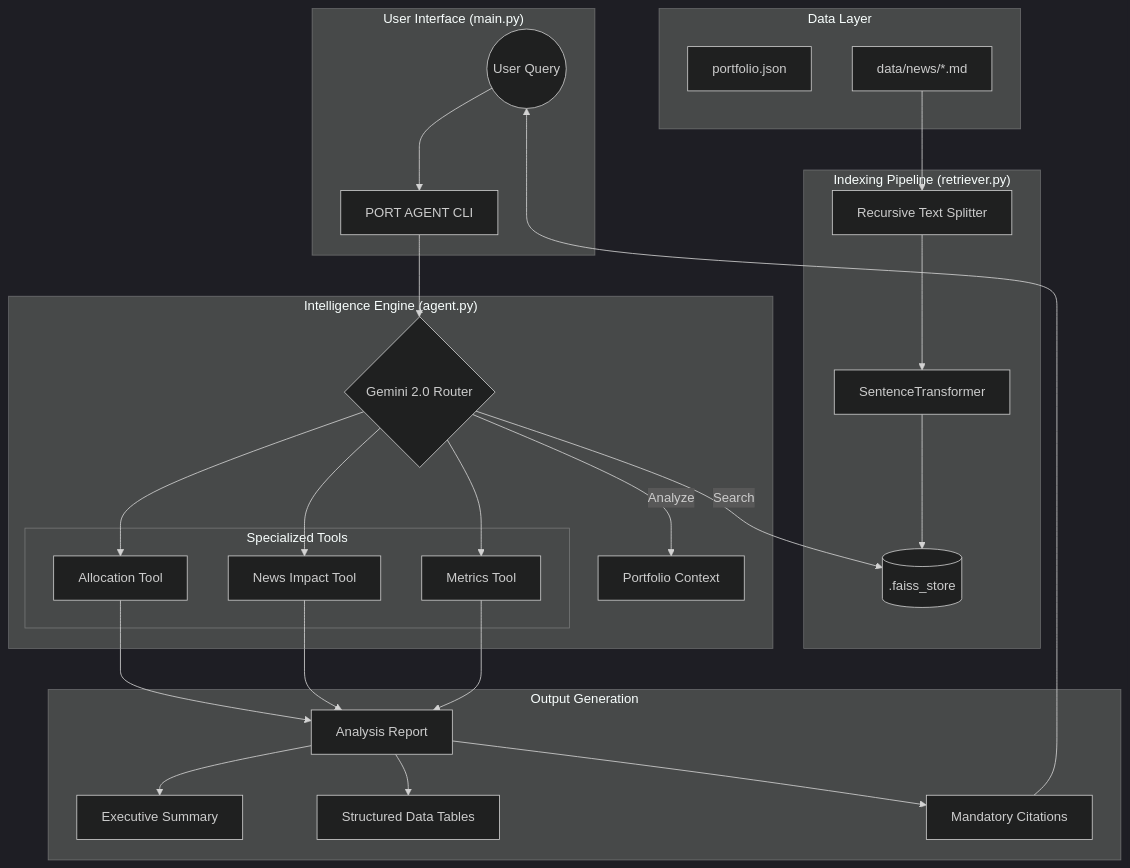
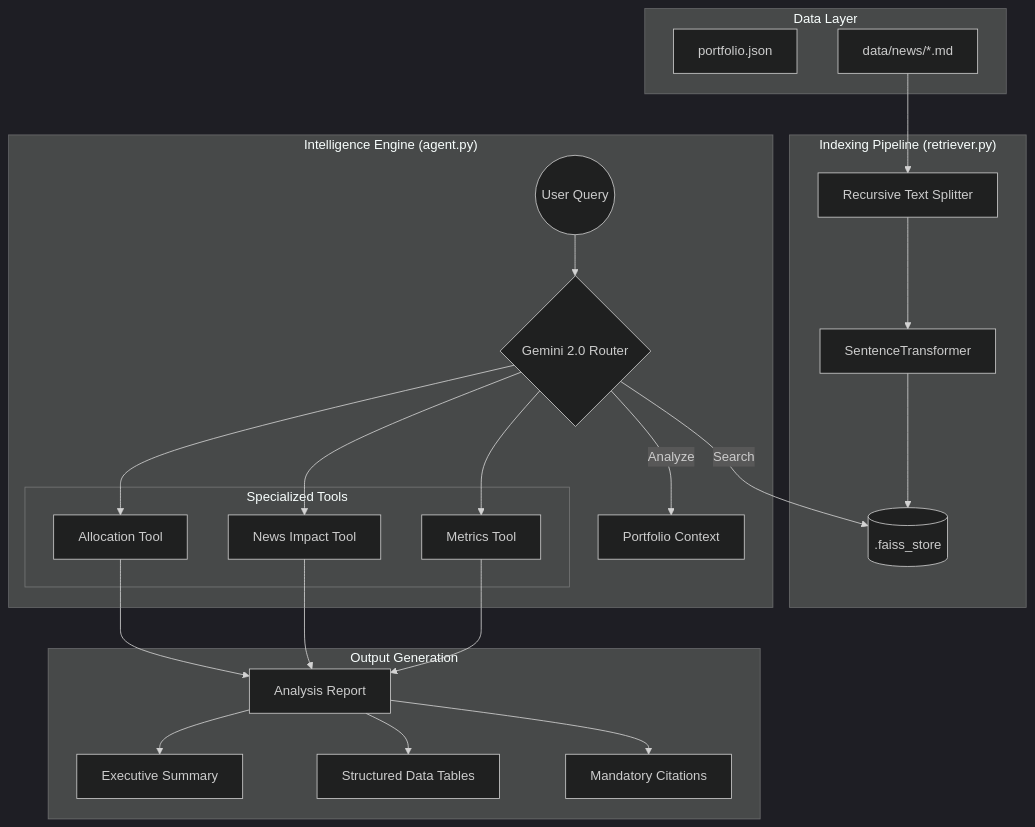
Before and after one commit to vinodhan07/portfolio_ask-: the diagram in README.md, drawn with Mermaid (dark theme). The commit also changed other lines of this file, not shown here.

Commit message:
docs: refactor README to include project rebranding, updated architecture visualizations, and reorganized command reference guide

````diff
--- a/README.md
+++ b/README.md
@@ -9,42 +15,36 @@
 ```mermaid
 graph TD
     subgraph "Data Layer"
         P[portfolio.json]
         N[data/news/*.md]
     end
 
     subgraph "Indexing Pipeline (retriever.py)"
         N --> Chunk[Recursive Text Splitter]
         Chunk --> Embed[SentenceTransformer]
         Embed --> FAISS[(.faiss_store)]
     end
 
-    subgraph "User Interface (main.py)"
-        User((User Query)) --> CLI[PORT AGENT CLI]
-    end
-
     subgraph "Intelligence Engine (agent.py)"
-        CLI --> Router{Gemini 2.0 Router}
+        CLI((User Query)) --> Router{Gemini 2.0 Router}
         Router --> |Search| FAISS
         Router --> |Analyze| Portfolio[Portfolio Context]
         
         subgraph "Specialized Tools"
             T1[Allocation Tool]
             T2[News Impact Tool]
             T3[Metrics Tool]
         end
         
         Router --> T1
         Router --> T2
         Router --> T3
     end
 
     subgraph "Output Generation"
         T1 & T2 & T3 --> Report[Analysis Report]
         Report --> Prose[Executive Summary]
         Report --> Tables[Structured Data Tables]
         Report --> Sources[Mandatory Citations]
     end
-
-    Sources --> User
 ```
````
